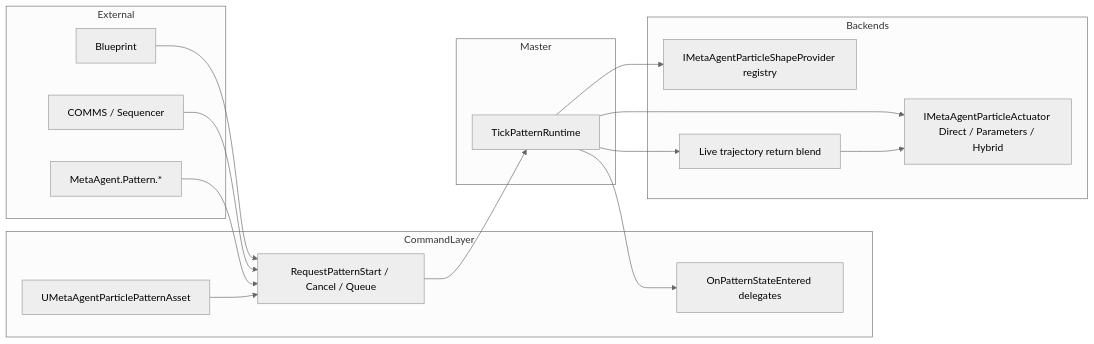
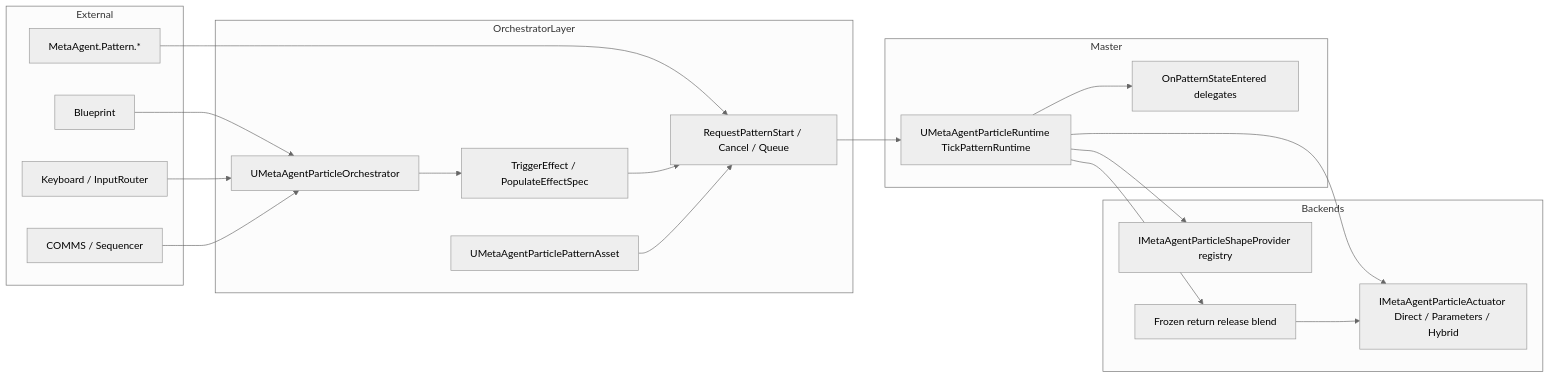
Before and after one commit to vecnode/metaagent-ue5-plugin: diagram 14 of 14 in README.md, drawn with Mermaid (neutral theme). The commit also changed other lines of this file and 17 other files, not shown here.

````diff
--- a/README.md
+++ b/README.md
@@ -832,35 +842,41 @@
 ```mermaid
 flowchart LR
     subgraph External
         BP[Blueprint]
+        Keys[Keyboard / InputRouter]
         COMMS[COMMS / Sequencer]
         Console[MetaAgent.Pattern.*]
     end
 
-    subgraph CommandLayer
+    subgraph OrchestratorLayer
+        ORCH[UMetaAgentParticleOrchestrator]
+        FX[TriggerEffect / PopulateEffectSpec]
         CMD[RequestPatternStart / Cancel / Queue]
         Asset[UMetaAgentParticlePatternAsset]
-        Events[OnPatternStateEntered delegates]
     end
 
     subgraph Master
-        FSM[TickPatternRuntime]
+        FSM[UMetaAgentParticleRuntime TickPatternRuntime]
+        Events[OnPatternStateEntered delegates]
     end
 
     subgraph Backends
         Shapes[IMetaAgentParticleShapeProvider registry]
         Act[IMetaAgentParticleActuator Direct / Parameters / Hybrid]
-        Traj[Live trajectory return blend]
+        Traj[Frozen return release blend]
     end
 
-    BP --> CMD
-    COMMS --> CMD
+    BP --> ORCH
+    Keys --> ORCH
+    COMMS --> ORCH
     Console --> CMD
+    ORCH --> FX
+    FX --> CMD
     Asset --> CMD
     CMD --> FSM
     FSM --> Events
     FSM --> Shapes
     FSM --> Act
     FSM --> Traj
     Traj --> Act
 ```
````
